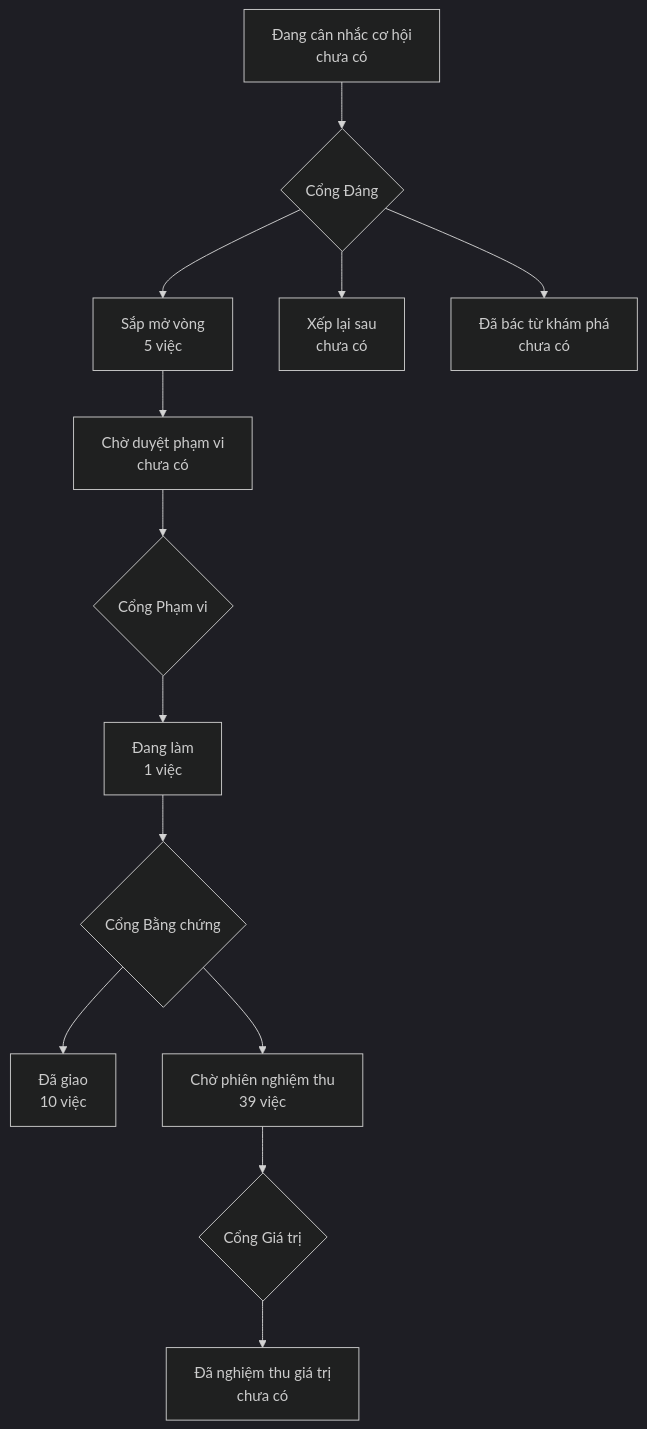
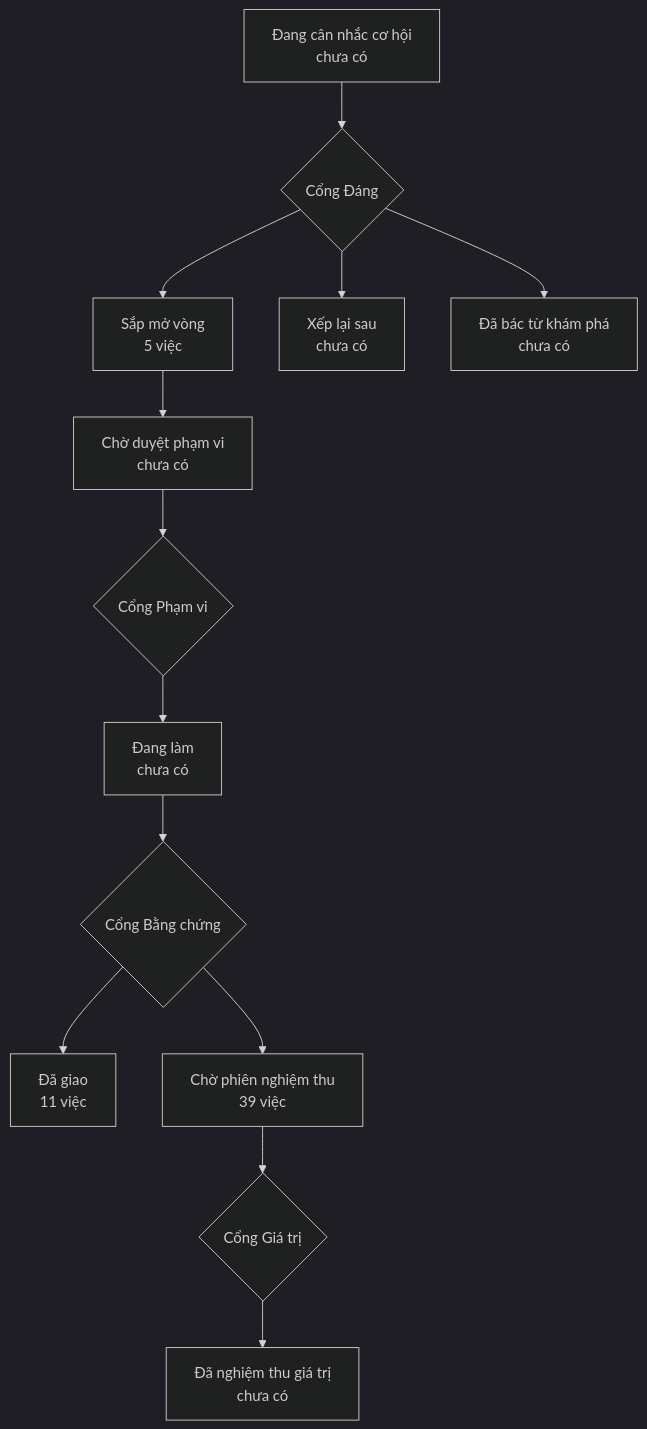
Before and after one commit to phanlemanh/onehub-quy-hang: the diagram in PRODUCT-MAP.md, drawn with Mermaid (dark theme). The commit also changed other lines of this file and 1 other file, not shown here.

Commit message:
Gate 2 signoff: va-san-sang-ban — Manh Phan
Vẽ lại bản đồ sản phẩm và trang lộ trình theo chữ ký Cổng 2 đã ghi ở addb4b2.

````diff
--- a/PRODUCT-MAP.md
+++ b/PRODUCT-MAP.md
@@ -7,12 +7,12 @@
 ```mermaid
 flowchart TD
   A["Đang cân nhắc cơ hội<br/>chưa có"] --> GD{"Cổng Đáng"}
   GD --> B["Sắp mở vòng<br/>5 việc"]
   GD --> XL["Xếp lại sau<br/>chưa có"]
   GD --> DB["Đã bác từ khám phá<br/>chưa có"]
   B --> CD["Chờ duyệt phạm vi<br/>chưa có"] --> GP{"Cổng Phạm vi"}
-  GP --> DL["Đang làm<br/>1 việc"] --> GB{"Cổng Bằng chứng"}
-  GB --> DG["Đã giao<br/>10 việc"]
+  GP --> DL["Đang làm<br/>chưa có"] --> GB{"Cổng Bằng chứng"}
+  GB --> DG["Đã giao<br/>11 việc"]
   GB --> CN["Chờ phiên nghiệm thu<br/>39 việc"] --> GG{"Cổng Giá trị"}
   GG --> NT["Đã nghiệm thu giá trị<br/>chưa có"]
 ```
````
